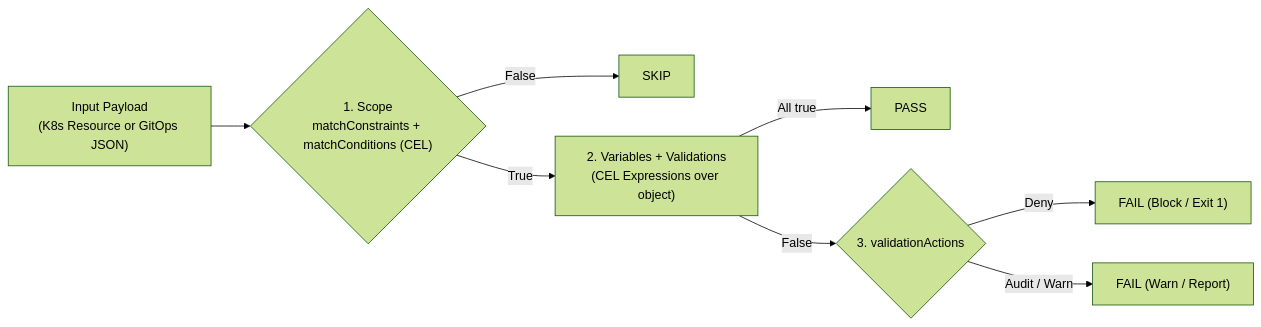
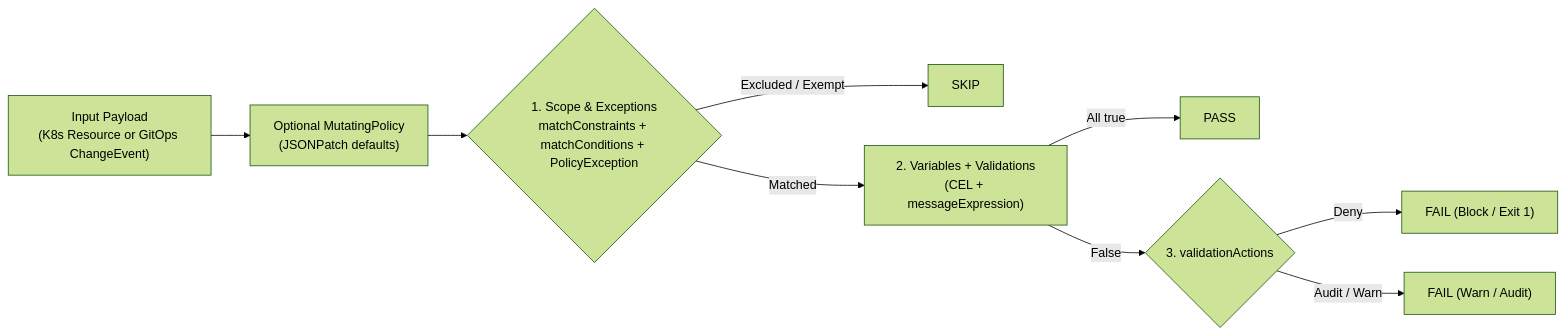
The diagram in README.md (av-elier/kyverno-gitops-show), drawn with Mermaid (forest theme) before and after one commit. The commit also changed other lines of this file and 81 other files, not shown here.

````diff
--- a/README.md
+++ b/README.md
@@ -17,10 +19,11 @@
 ```mermaid
 flowchart LR
-    A["Input Payload<br/>(K8s Resource or GitOps JSON)"] --> B{"1. Scope<br/>matchConstraints + matchConditions (CEL)"}
-    B -- "False" --> C["SKIP"]
-    B -- "True" --> D["2. Variables + Validations<br/>(CEL Expressions over object)"]
+    A["Input Payload<br/>(K8s Resource or GitOps ChangeEvent)"] --> M["Optional MutatingPolicy<br/>(JSONPatch defaults)"]
+    M --> B{"1. Scope & Exceptions<br/>matchConstraints + matchConditions + PolicyException"}
+    B -- "Excluded / Exempt" --> C["SKIP"]
+    B -- "Matched" --> D["2. Variables + Validations<br/>(CEL + messageExpression)"]
     D -- "All true" --> E["PASS"]
     D -- "False" --> F{"3. validationActions"}
     F -- "Deny" --> G["FAIL (Block / Exit 1)"]
-    F -- "Audit / Warn" --> H["FAIL (Warn / Report)"]
+    F -- "Audit / Warn" --> H["FAIL (Warn / Audit)"]
 ```
````
